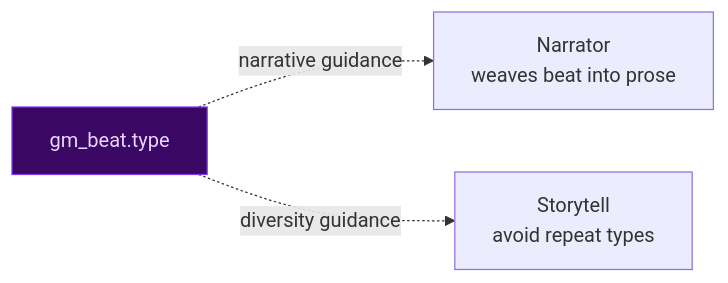
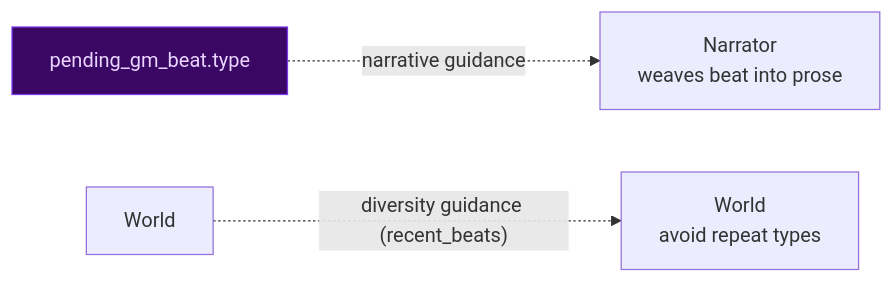
One commit to pww217/fablethread changed the third of 7 diagrams in docs/architecture/pacing-systems.md. Above: the diagram before and after it, drawn with Mermaid. The commit also changed other lines of this file and 19 other files, not shown here.

````diff
--- a/docs/architecture/pacing-systems.md
+++ b/docs/architecture/pacing-systems.md
@@ -112,7 +116,7 @@
 ```mermaid
 flowchart LR
-    BEAT["gm_beat.type"] -. "narrative guidance" .-> NARR["Narrator<br>weaves beat into prose"]
-    BEAT -. "diversity guidance" .-> ST["Storytell<br>avoid repeat types"]
+    BEAT["pending_gm_beat.type"] -. "narrative guidance" .-> NARR["Narrator<br>weaves beat into prose"]
+    WORLD["World" ] -. "diversity guidance (recent_beats)" .-> WORLD_GEN["World<br>avoid repeat types"]
 
     style BEAT fill:#3b0764,color:#e9d5ff,stroke:#7c3aed
 ```
````
